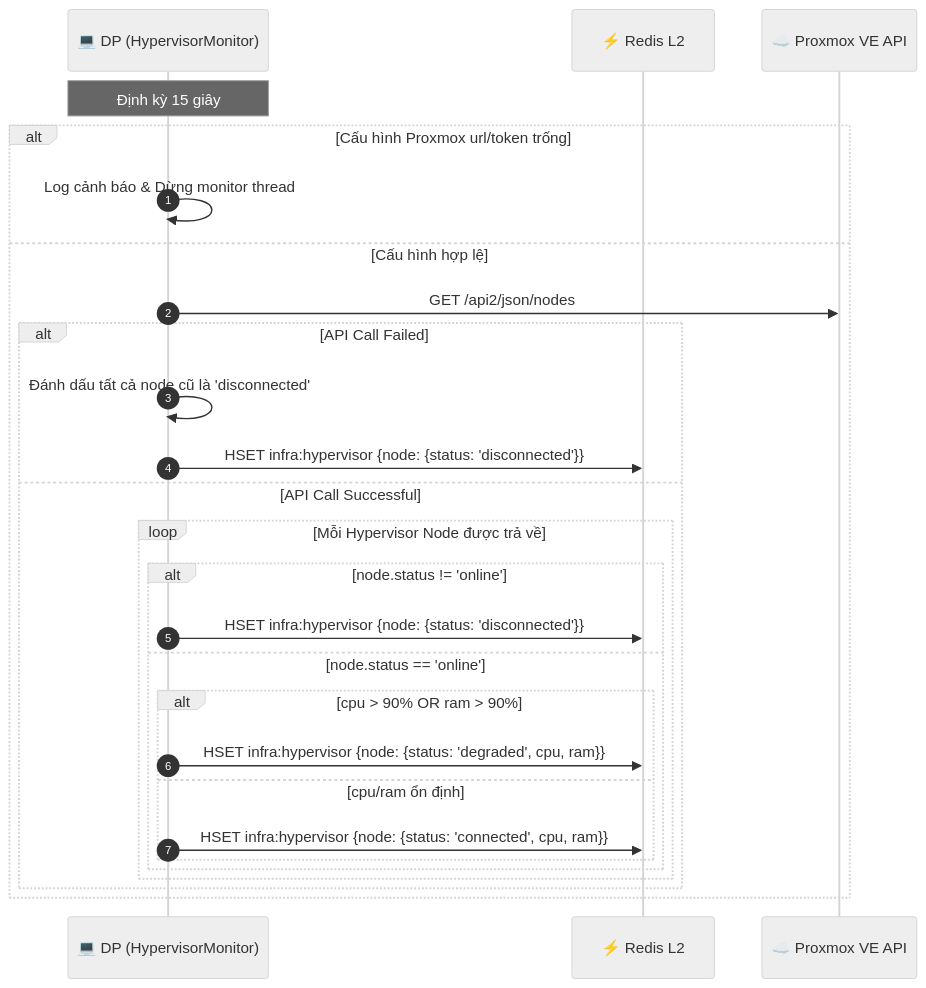
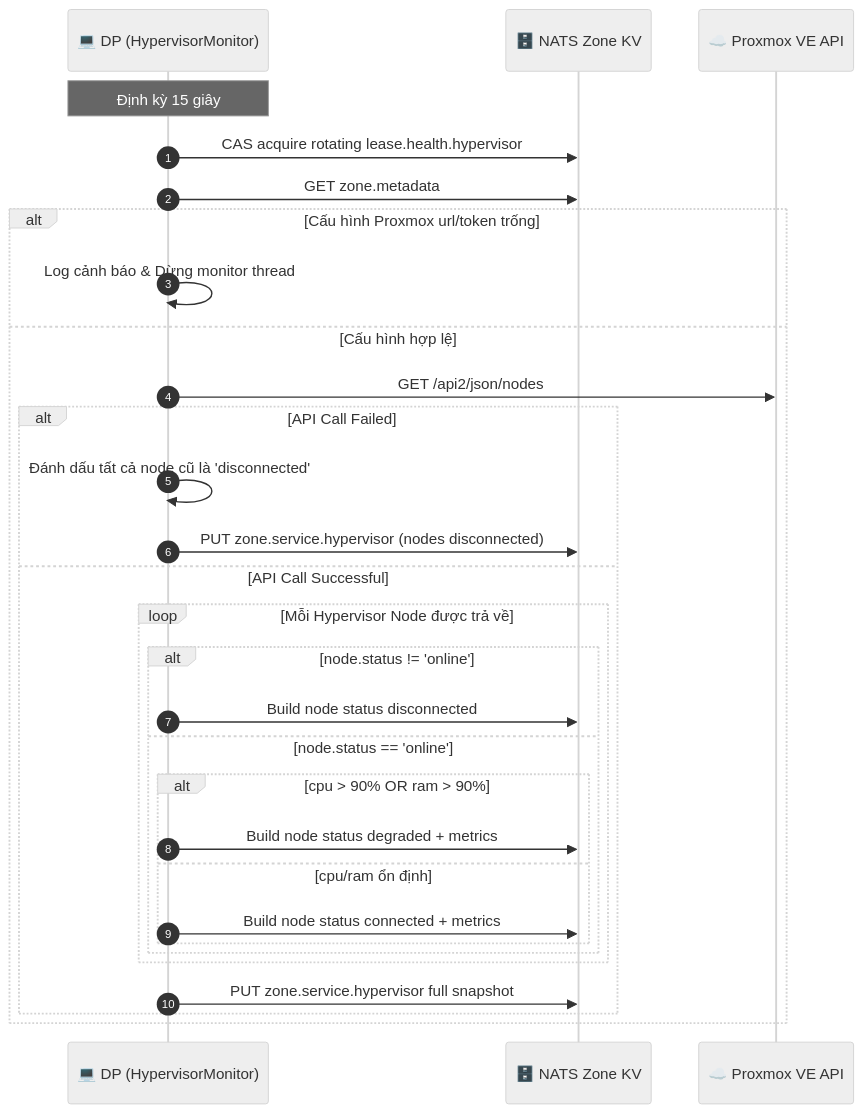
Before and after one commit to phucle996/aurora: diagram 17 of 21 in god_view/hierarchy/zone_lifecycle_god_view.md, drawn with Mermaid (neutral theme). The commit also changed other lines of this file and 77 other files, not shown here.

Commit message:
feat: implement mail runtime health monitoring with zone KV lease management and projection tombstones

````diff
--- a/god_view/hierarchy/zone_lifecycle_god_view.md
+++ b/god_view/hierarchy/zone_lifecycle_god_view.md
@@ -883,30 +886,33 @@
 ```mermaid
 sequenceDiagram
     autonumber
     participant DP as 💻 DP (HypervisorMonitor)
-    participant L2 as ⚡ Redis L2
+    participant KV as 🗄️ NATS Zone KV
     participant PM as ☁️ Proxmox VE API
 
     Note over DP: Định kỳ 15 giây
+    DP->>KV: CAS acquire rotating lease.health.hypervisor
+    DP->>KV: GET zone.metadata
     alt Cấu hình Proxmox url/token trống
         DP->>DP: Log cảnh báo & Dừng monitor thread
     else Cấu hình hợp lệ
         DP->>PM: GET /api2/json/nodes
         alt API Call Failed
             DP->>DP: Đánh dấu tất cả node cũ là 'disconnected'
-            DP->>L2: HSET infra:hypervisor {node: {status: 'disconnected'}}
+            DP->>KV: PUT zone.service.hypervisor (nodes disconnected)
         else API Call Successful
             loop Mỗi Hypervisor Node được trả về
                 alt node.status != 'online'
-                    DP->>L2: HSET infra:hypervisor {node: {status: 'disconnected'}}
+                    DP->>KV: Build node status disconnected
                 else node.status == 'online'
                     alt cpu > 90% OR ram > 90%
-                        DP->>L2: HSET infra:hypervisor {node: {status: 'degraded', cpu, ram}}
+                        DP->>KV: Build node status degraded + metrics
                     else cpu/ram ổn định
-                        DP->>L2: HSET infra:hypervisor {node: {status: 'connected', cpu, ram}}
+                        DP->>KV: Build node status connected + metrics
                     end
                 end
             end
+            DP->>KV: PUT zone.service.hypervisor full snapshot
         end
     end
 ```
````
